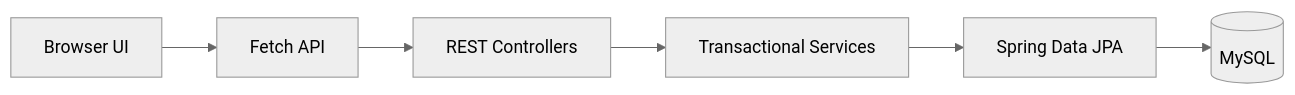
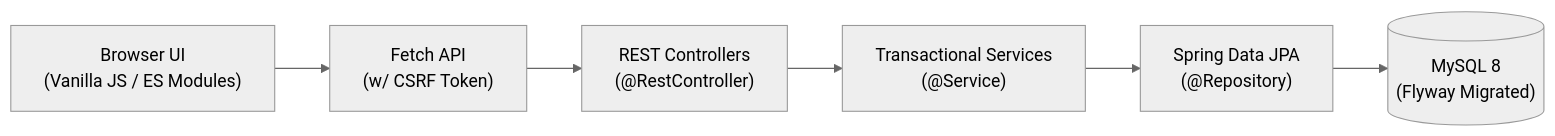
The diagram in README.md (prathamkashyap/libris), drawn with Mermaid (neutral theme) before and after one commit. The commit also changed other lines of this file and 11 other files, not shown here.

````diff
--- a/README.md
+++ b/README.md
@@ -44,8 +31,8 @@
 ```mermaid
 flowchart LR
-    Browser["Browser UI"] --> Fetch["Fetch API"]
-    Fetch --> Controller["REST Controllers"]
-    Controller --> Service["Transactional Services"]
-    Service --> Repository["Spring Data JPA"]
-    Repository --> Database[("MySQL")]
+    Browser["Browser UI<br/>(Vanilla JS / ES Modules)"] --> Fetch["Fetch API<br/>(w/ CSRF Token)"]
+    Fetch --> Controller["REST Controllers<br/>(@RestController)"]
+    Controller --> Service["Transactional Services<br/>(@Service)"]
+    Service --> Repository["Spring Data JPA<br/>(@Repository)"]
+    Repository --> Database[("MySQL 8<br/>(Flyway Migrated)")]
 ```
````
